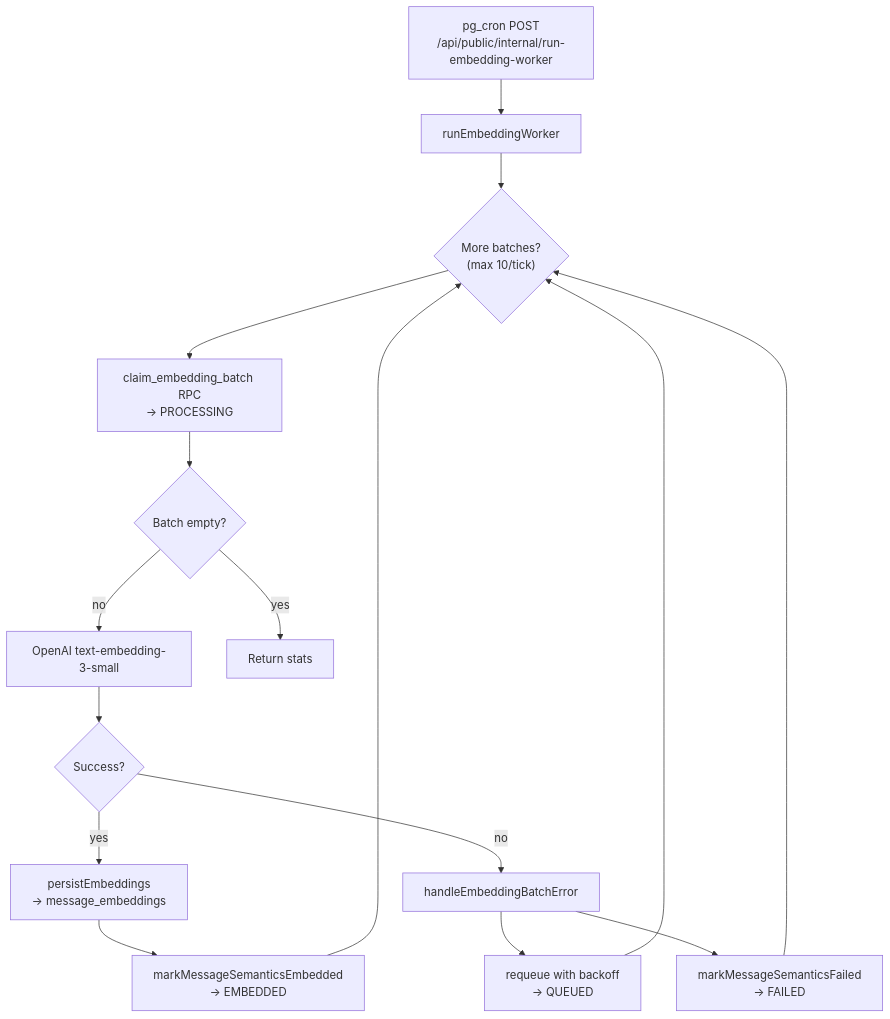
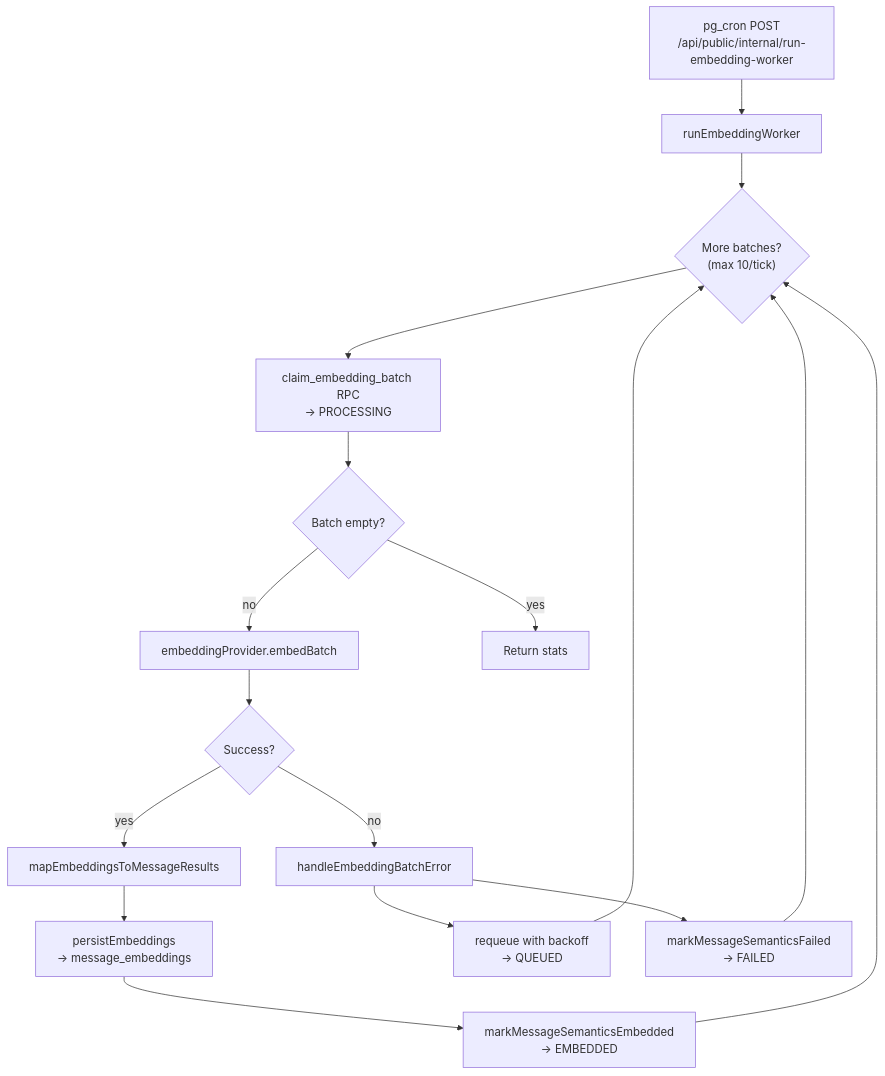
The diagram in docs/semantic/msg_embedding.md (carlos-tamarind/tamarind-app), drawn with Mermaid before and after one commit. The commit also changed other lines of this file and 43 other files, not shown here.

Commit message:
refactor embedding provider and semantic folders

````diff
--- a/docs/semantic/msg_embedding.md
+++ b/docs/semantic/msg_embedding.md
@@ -9,26 +9,27 @@
 ```mermaid
 flowchart TD
   Cron["pg_cron POST\n/api/public/internal/run-embedding-worker"]
   Worker["runEmbeddingWorker"]
   Loop{"More batches?\n(max 10/tick)"}
   Claim["claim_embedding_batch RPC\n→ PROCESSING"]
   Empty{"Batch empty?"}
-  OpenAI["OpenAI text-embedding-3-small"]
+  Provider["embeddingProvider.embedBatch"]
+  Map["mapEmbeddingsToMessageResults"]
   Success{"Success?"}
   Persist["persistEmbeddings\n→ message_embeddings"]
   MarkEmbedded["markMessageSemanticsEmbedded\n→ EMBEDDED"]
   HandleError["handleEmbeddingBatchError"]
   Retry["requeue with backoff\n→ QUEUED"]
   Failed["markMessageSemanticsFailed\n→ FAILED"]
 
   Cron --> Worker --> Loop
   Loop --> Claim --> Empty
   Empty -->|yes| Done["Return stats"]
-  Empty -->|no| OpenAI --> Success
-  Success -->|yes| Persist --> MarkEmbedded --> Loop
+  Empty -->|no| Provider --> Success
+  Success -->|yes| Map --> Persist --> MarkEmbedded --> Loop
   Success -->|no| HandleError
   HandleError --> Retry
   HandleError --> Failed
   Retry --> Loop
   Failed --> Loop
 ```
````
